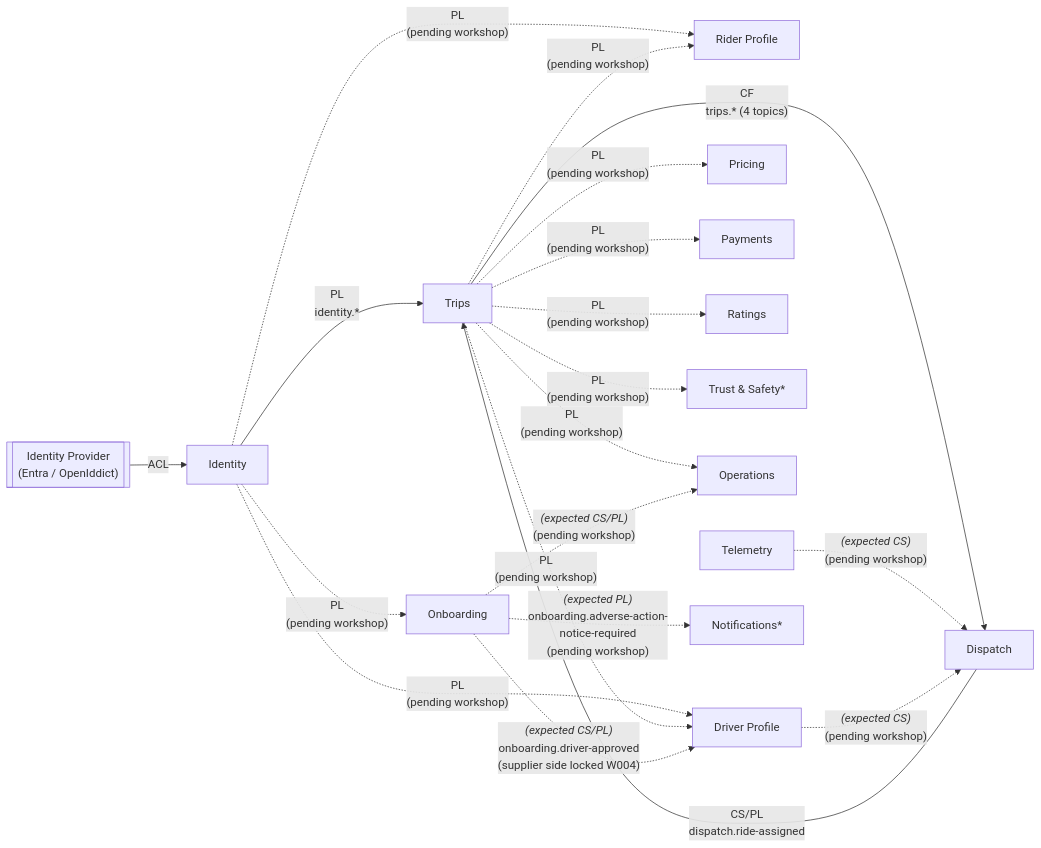
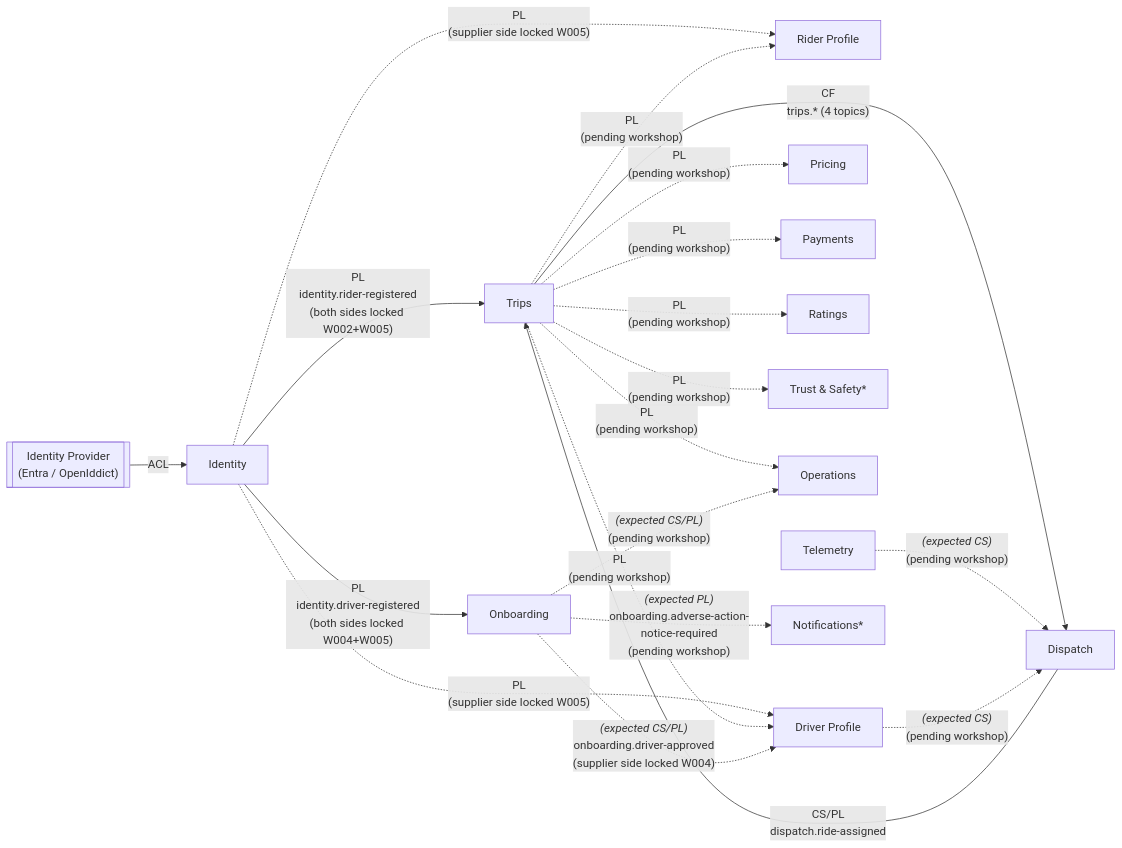
One commit to erikshafer/CritterCab changed the diagram in docs/context-map/README.md. Above: the diagram before and after it, drawn with Mermaid. The commit also changed other lines of this file and 7 other files, not shown here.

First line of the commit message:
Workshop 005: Identity Event Model (ACL-translation-dominant) (#30)

````diff
--- a/docs/context-map/README.md
+++ b/docs/context-map/README.md
@@ -19,22 +19,22 @@
 ```mermaid
 flowchart LR
     Provider[["Identity Provider<br/>(Entra / OpenIddict)"]] -->|"ACL"| Identity
     Dispatch -->|"CS/PL<br/>dispatch.ride-assigned"| Trips
     Trips -->|"CF<br/>trips.* (4 topics)"| Dispatch
-    Identity -->|"PL<br/>identity.*"| Trips
-    Identity -.->|"PL<br/>(pending workshop)"| RiderProfile["Rider Profile"]
-    Identity -.->|"PL<br/>(pending workshop)"| DriverProfile["Driver Profile"]
-    Identity -.->|"PL<br/>(pending workshop)"| Onboarding
+    Identity -->|"PL<br/>identity.rider-registered<br/>(both sides locked W002+W005)"| Trips
+    Identity -.->|"PL<br/>(supplier side locked W005)"| RiderProfile["Rider Profile"]
+    Identity -.->|"PL<br/>(supplier side locked W005)"| DriverProfile["Driver Profile"]
+    Identity -->|"PL<br/>identity.driver-registered<br/>(both sides locked W004+W005)"| Onboarding
     Trips -.->|"PL<br/>(pending workshop)"| Pricing
     Trips -.->|"PL<br/>(pending workshop)"| Payments
     Trips -.->|"PL<br/>(pending workshop)"| Ratings
     Trips -.->|"PL<br/>(pending workshop)"| DriverProfile
     Trips -.->|"PL<br/>(pending workshop)"| RiderProfile
     Trips -.->|"PL<br/>(pending workshop)"| TrustSafety["Trust &amp; Safety*"]
     Trips -.->|"PL<br/>(pending workshop)"| Operations
     Telemetry -.->|"<i>(expected CS)</i><br/>(pending workshop)"| Dispatch
     Onboarding -.->|"<i>(expected CS/PL)</i><br/>onboarding.driver-approved<br/>(supplier side locked W004)"| DriverProfile
     Onboarding -.->|"<i>(expected CS/PL)</i><br/>(pending workshop)"| Operations
     Onboarding -.->|"<i>(expected PL)</i><br/>onboarding.adverse-action-<br/>notice-required<br/>(pending workshop)"| Notifications["Notifications*"]
     DriverProfile -.->|"<i>(expected CS)</i><br/>(pending workshop)"| Dispatch
 ```
````
